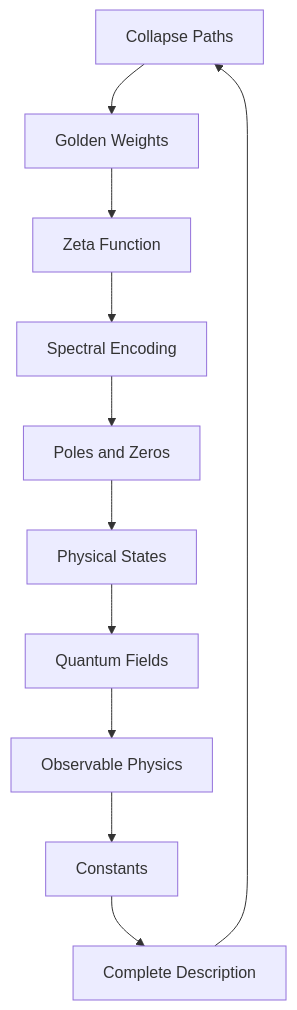
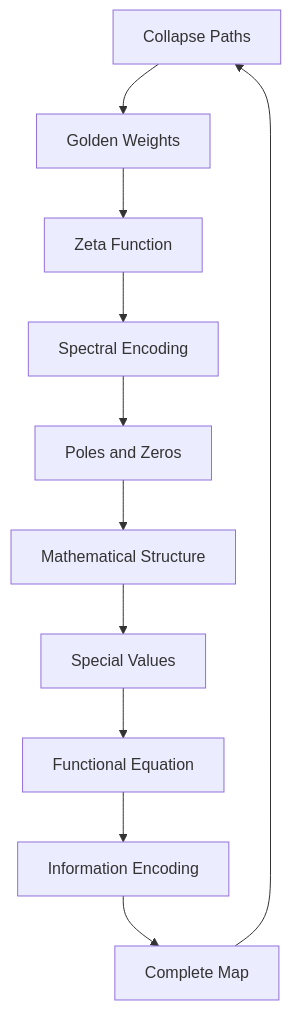
The second of 2 diagrams in docs/psi-structum/book-1-collapse-ontology/part-03-tensor-algebra/chapter-034-tensor-zeta-function-weight-map.md (loning/the-phys), drawn with Mermaid before and after one commit. The commit also changed other lines of this file and 12 other files, not shown here.

````diff
--- a/docs/psi-structum/book-1-collapse-ontology/part-03-tensor-algebra/chapter-034-tensor-zeta-function-weight-map.md
+++ b/docs/psi-structum/book-1-collapse-ontology/part-03-tensor-algebra/chapter-034-tensor-zeta-function-weight-map.md
@@ -185,13 +193,13 @@
 ```mermaid
 graph TD
     A[Collapse Paths] --> B[Golden Weights]
     B --> C[Zeta Function]
     C --> D[Spectral Encoding]
     D --> E[Poles and Zeros]
-    E --> F[Physical States]
-    F --> G[Quantum Fields]
-    G --> H[Observable Physics]
-    H --> I[Constants]
-    I --> J[Complete Description]
+    E --> F[Mathematical Structure]
+    F --> G[Special Values]
+    G --> H[Functional Equation]
+    H --> I[Information Encoding]
+    I --> J[Complete Map]
     J --> A
 ```
````
